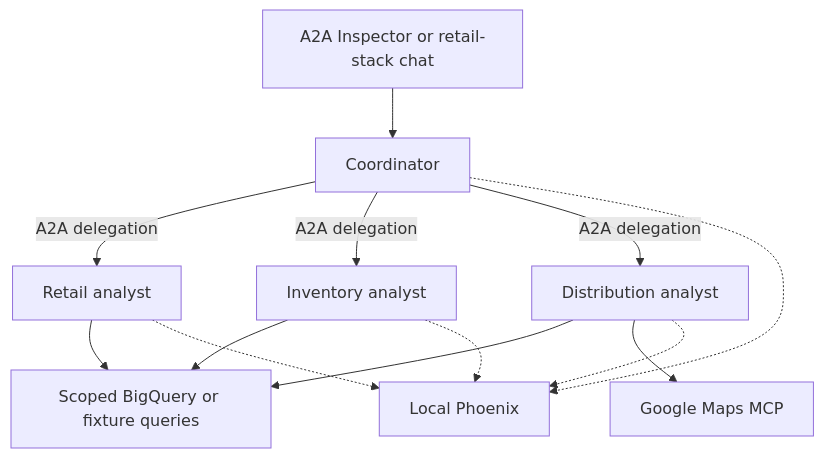
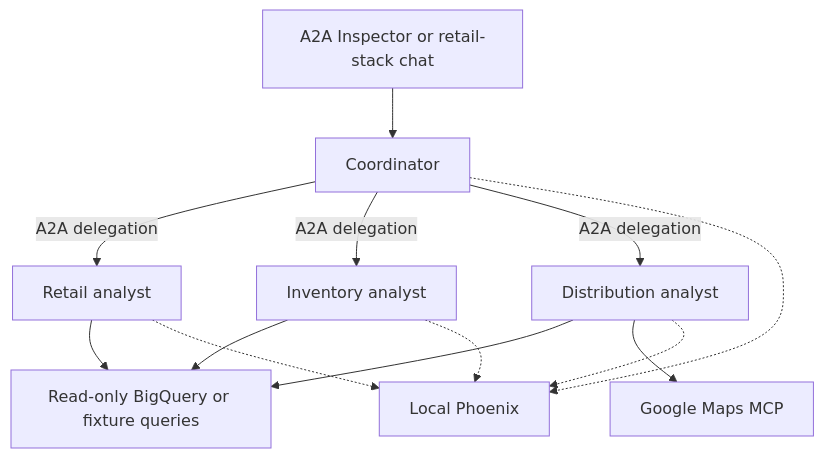
The first of 3 diagrams in docs/architecture.md (tymek100/opsfleet-task), drawn with Mermaid before and after one commit. The commit also changed other lines of this file and 158 other files, not shown here.

````diff
--- a/docs/architecture.md
+++ b/docs/architecture.md
@@ -13,15 +13,15 @@
 ```mermaid
 flowchart TD
     UI[A2A Inspector or retail-stack chat] --> C[Coordinator]
     C -->|A2A delegation| R[Retail analyst]
     C -->|A2A delegation| I[Inventory analyst]
     C -->|A2A delegation| D[Distribution analyst]
-    R --> B[Scoped BigQuery or fixture queries]
+    R --> B[Read-only BigQuery or fixture queries]
     I --> B
     D --> B
     D --> M[Google Maps MCP]
     C -.-> P[Local Phoenix]
     R -.-> P
     I -.-> P
     D -.-> P
 ```
````
